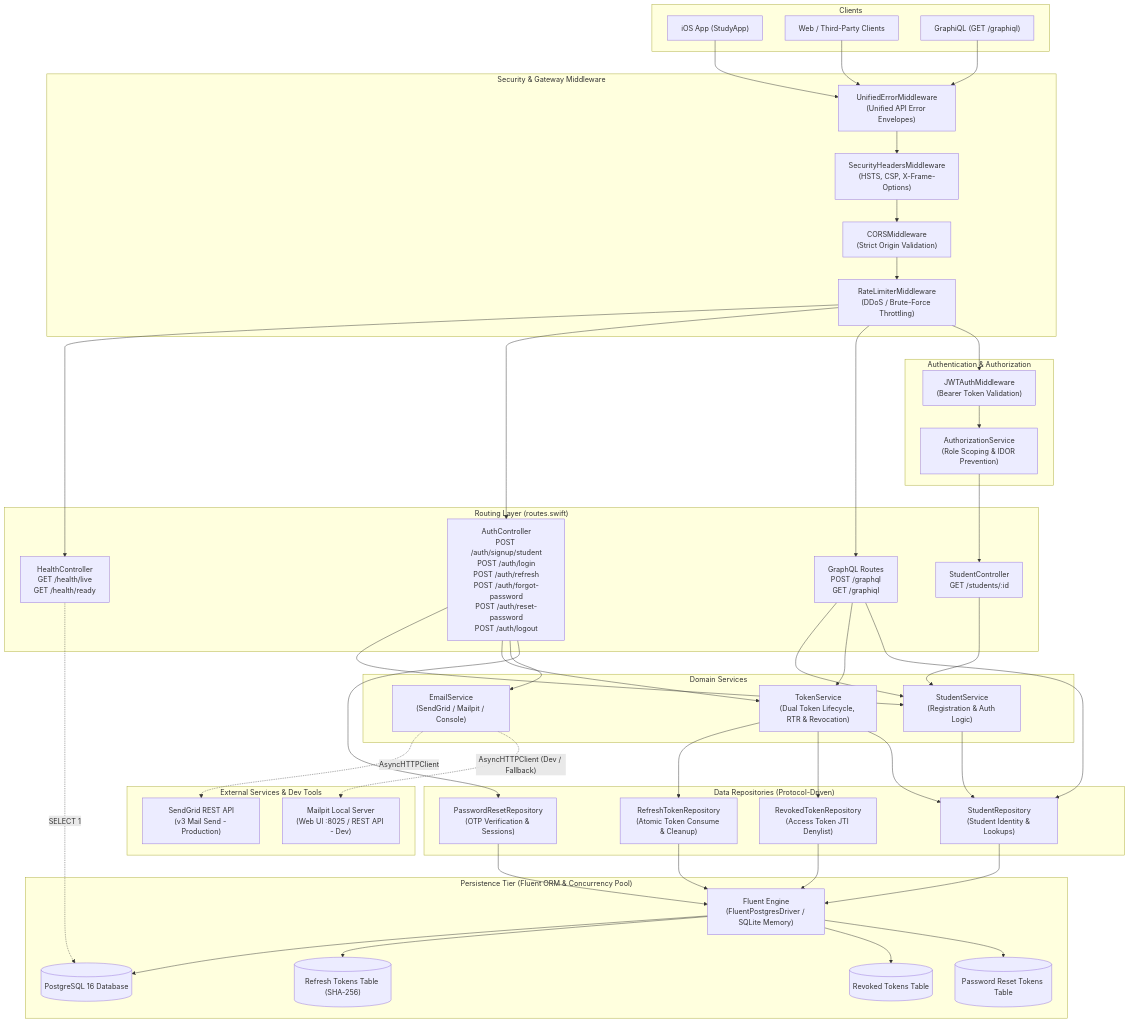
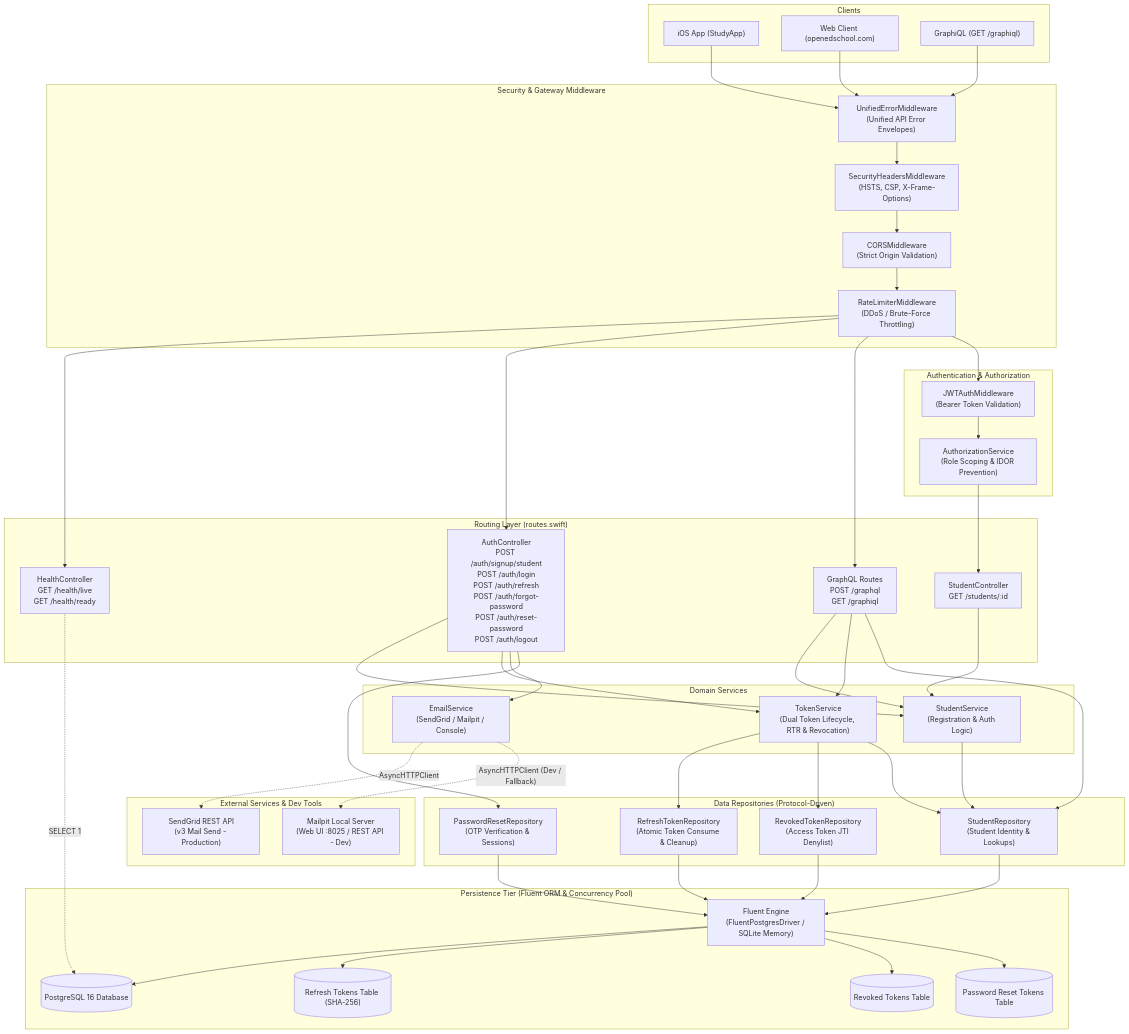
One commit to rajeshm20/OpenEdCore changed the diagram in README.md. Above: the diagram before and after it, drawn with Mermaid. The commit also changed other lines of this file and 3 other files, not shown here.

Commit message:
docs: align README with openedschool.com brand identity and vector assets

```diff
--- a/README.md
+++ b/README.md
@@ -56,7 +96,7 @@
 flowchart TD
     subgraph Clients["Clients"]
         iOS["iOS App (StudyApp)"]
-        Web["Web / Third-Party Clients"]
+        Web["Web Client (openedschool.com)"]
         Playground["GraphiQL (GET /graphiql)"]
     end
 
```
